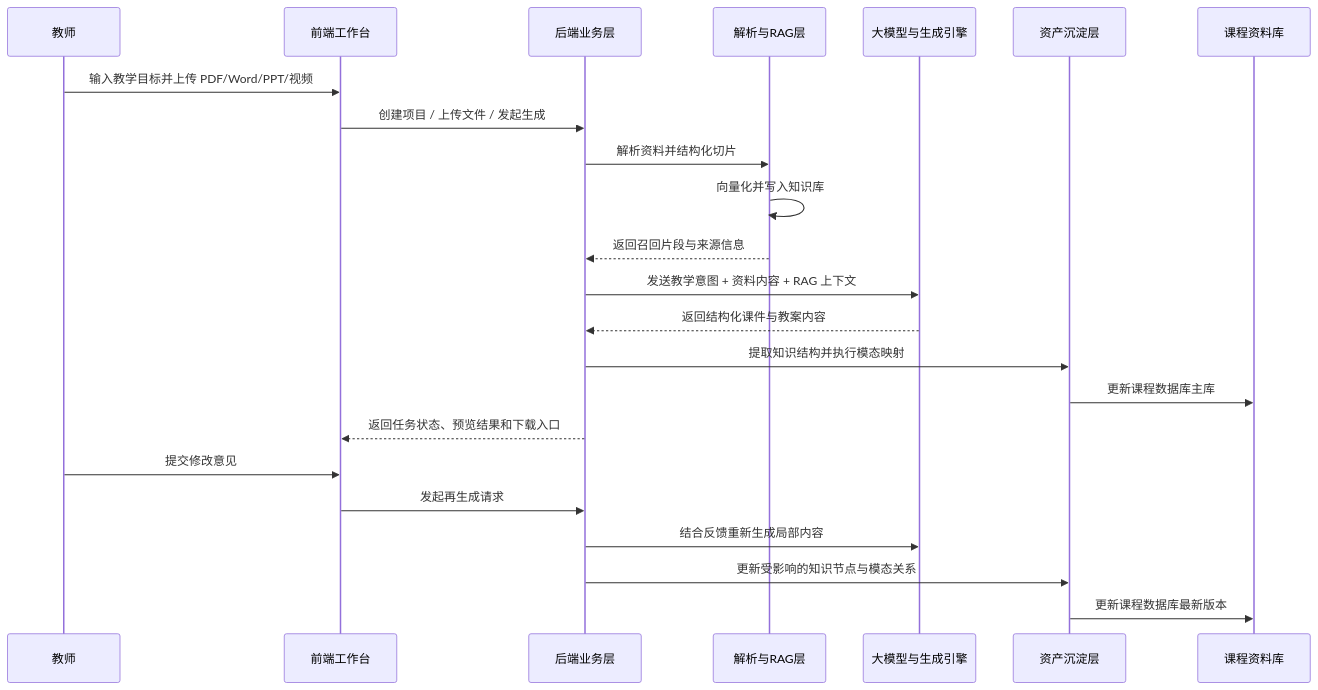
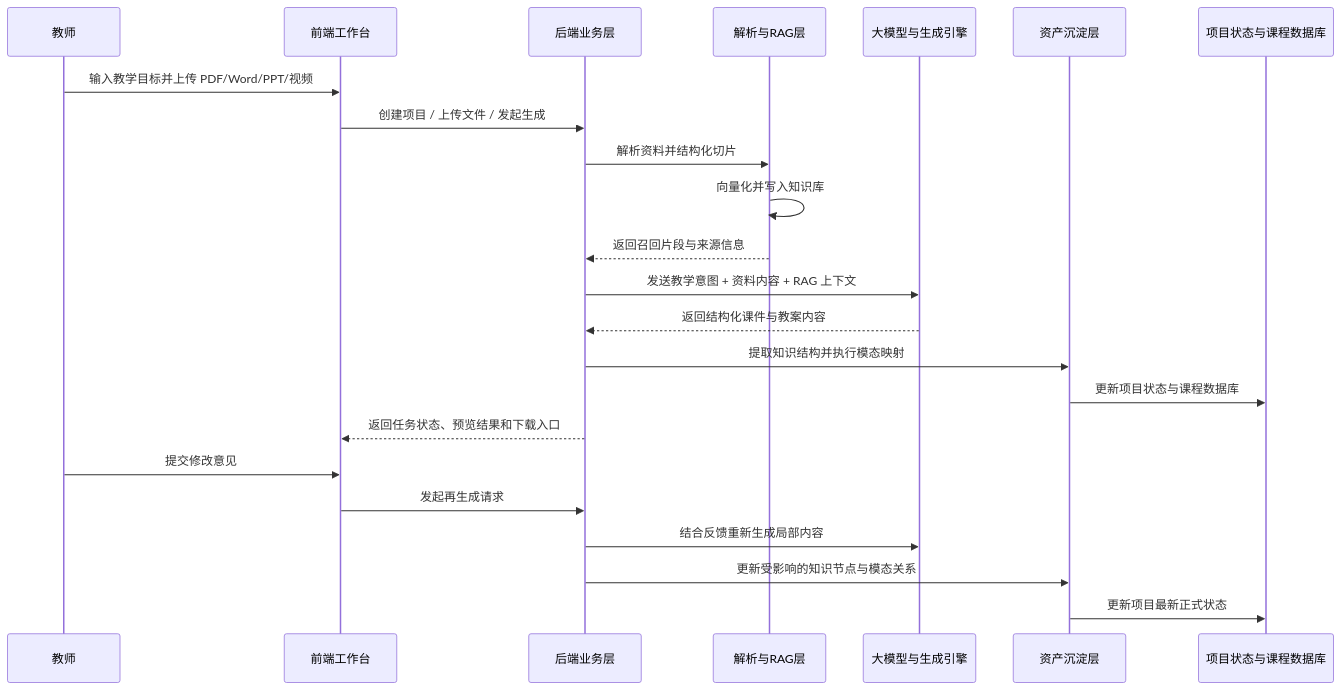
Before and after one commit to ln-one/Spectra: the second of 3 diagrams in docs/competition/04-architecture.md, drawn with Mermaid. The commit also changed other lines of this file and 15 other files, not shown here.

````diff
--- a/docs/competition/04-architecture.md
+++ b/docs/competition/04-architecture.md
@@ -121,26 +125,26 @@
 ```mermaid
 sequenceDiagram
     participant T as 教师
     participant UI as 前端工作台
     participant API as 后端业务层
     participant PARSER as 解析与RAG层
     participant LLM as 大模型与生成引擎
     participant ASSET as 资产沉淀层
-    participant HUB as 课程资料库
+    participant HUB as 项目状态与课程数据库
 
     T->>UI: 输入教学目标并上传 PDF/Word/PPT/视频
     UI->>API: 创建项目 / 上传文件 / 发起生成
     API->>PARSER: 解析资料并结构化切片
     PARSER->>PARSER: 向量化并写入知识库
     PARSER-->>API: 返回召回片段与来源信息
     API->>LLM: 发送教学意图 + 资料内容 + RAG 上下文
     LLM-->>API: 返回结构化课件与教案内容
     API->>ASSET: 提取知识结构并执行模态映射
-    ASSET->>HUB: 更新课程数据库主库
+    ASSET->>HUB: 更新项目状态与课程数据库
     API-->>UI: 返回任务状态、预览结果和下载入口
     T->>UI: 提交修改意见
     UI->>API: 发起再生成请求
     API->>LLM: 结合反馈重新生成局部内容
     API->>ASSET: 更新受影响的知识节点与模态关系
-    ASSET->>HUB: 更新课程数据库最新版本
+    ASSET->>HUB: 更新项目最新正式状态
 ```
````
